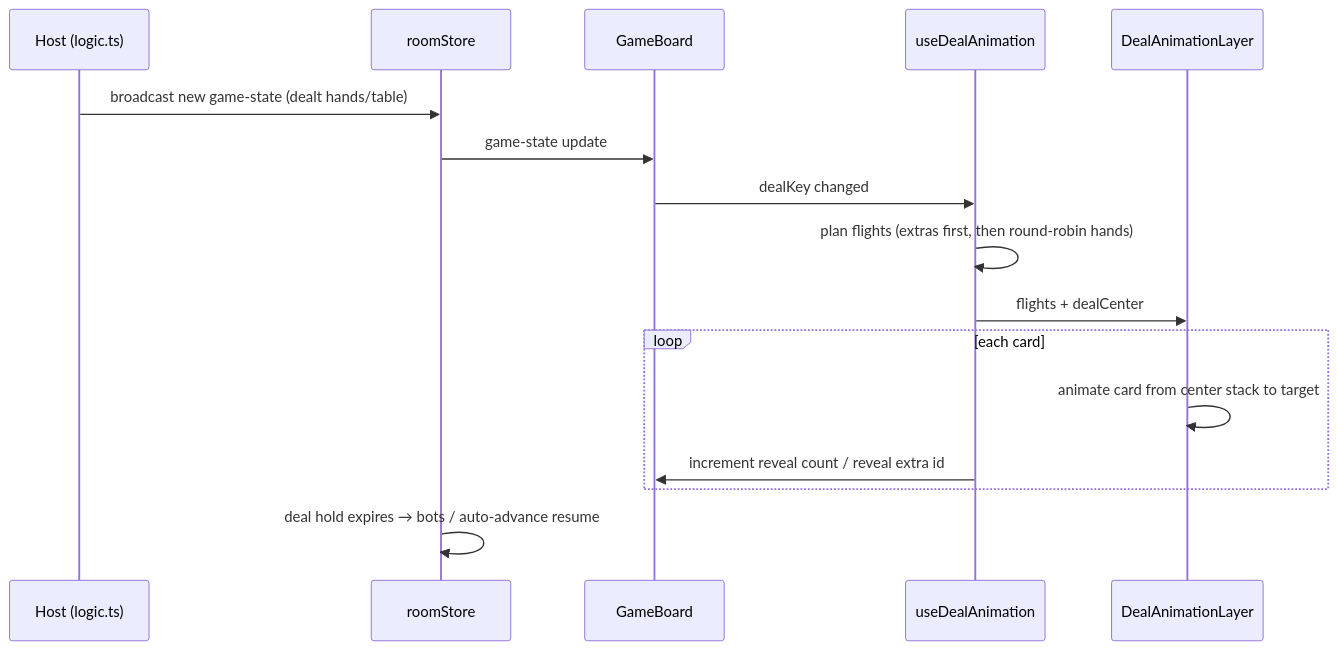
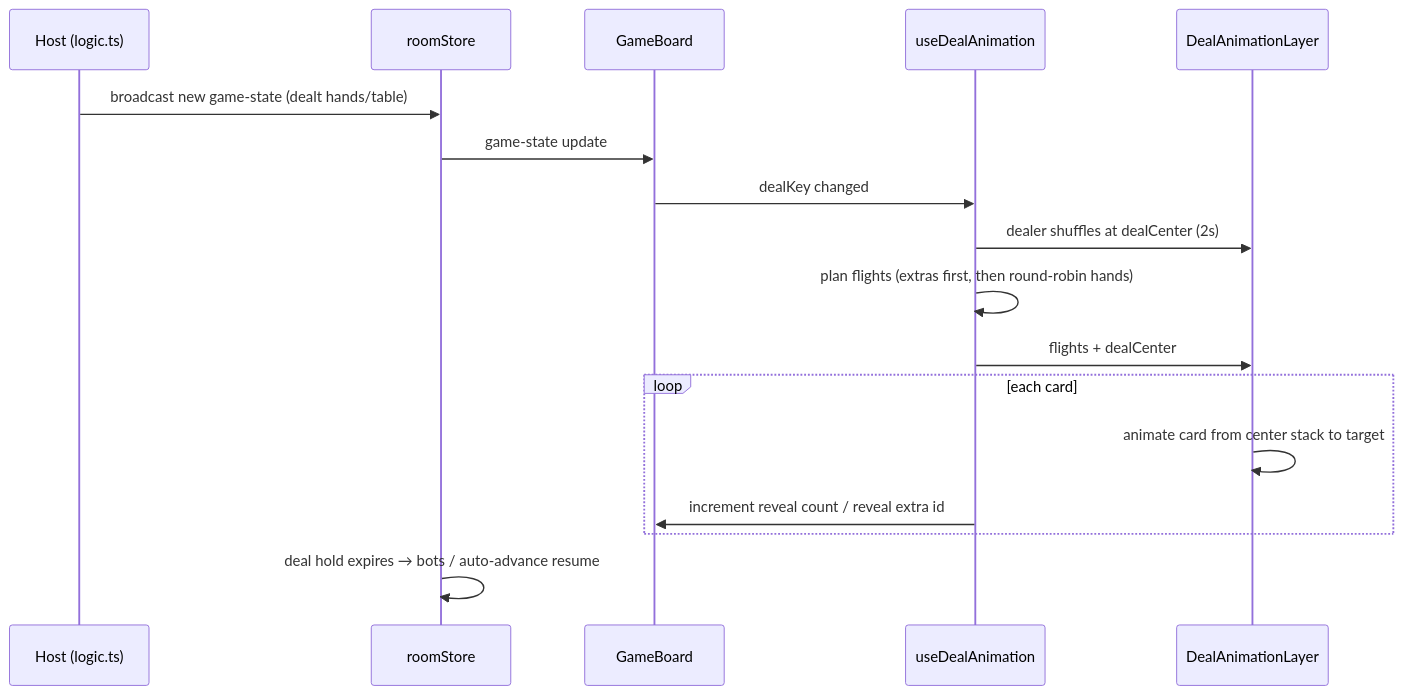
One commit to cwarje/cwarje.github.io changed the second of 2 diagrams in src/games/shared/README.md. Above: the diagram before and after it, drawn with Mermaid. The commit also changed other lines of this file and 16 other files, not shown here.

````diff
--- a/src/games/shared/README.md
+++ b/src/games/shared/README.md
@@ -155,19 +155,20 @@
 ```mermaid
 sequenceDiagram
   participant host as Host (logic.ts)
   participant room as roomStore
   participant board as GameBoard
   participant hook as useDealAnimation
   participant layer as DealAnimationLayer
 
   host->>room: broadcast new game-state (dealt hands/table)
   room->>board: game-state update
   board->>hook: dealKey changed
+  hook->>layer: dealer shuffles at dealCenter (2s)
   hook->>hook: plan flights (extras first, then round-robin hands)
   hook->>layer: flights + dealCenter
   loop each card
     layer->>layer: animate card from center stack to target
     hook->>board: increment reveal count / reveal extra id
   end
   room->>room: deal hold expires → bots / auto-advance resume
 ```
````
